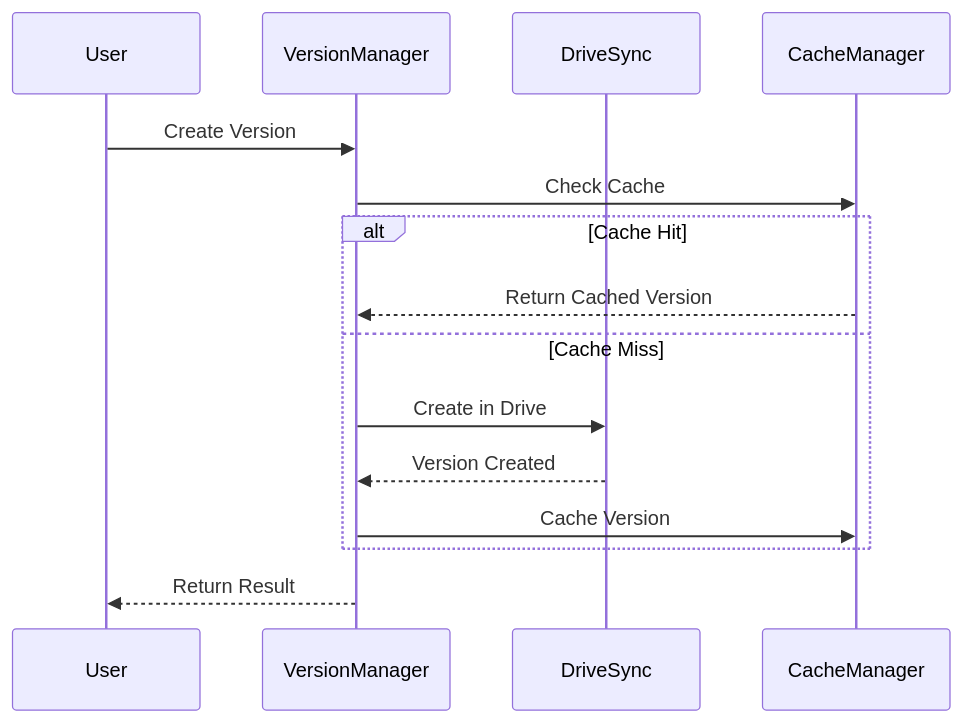
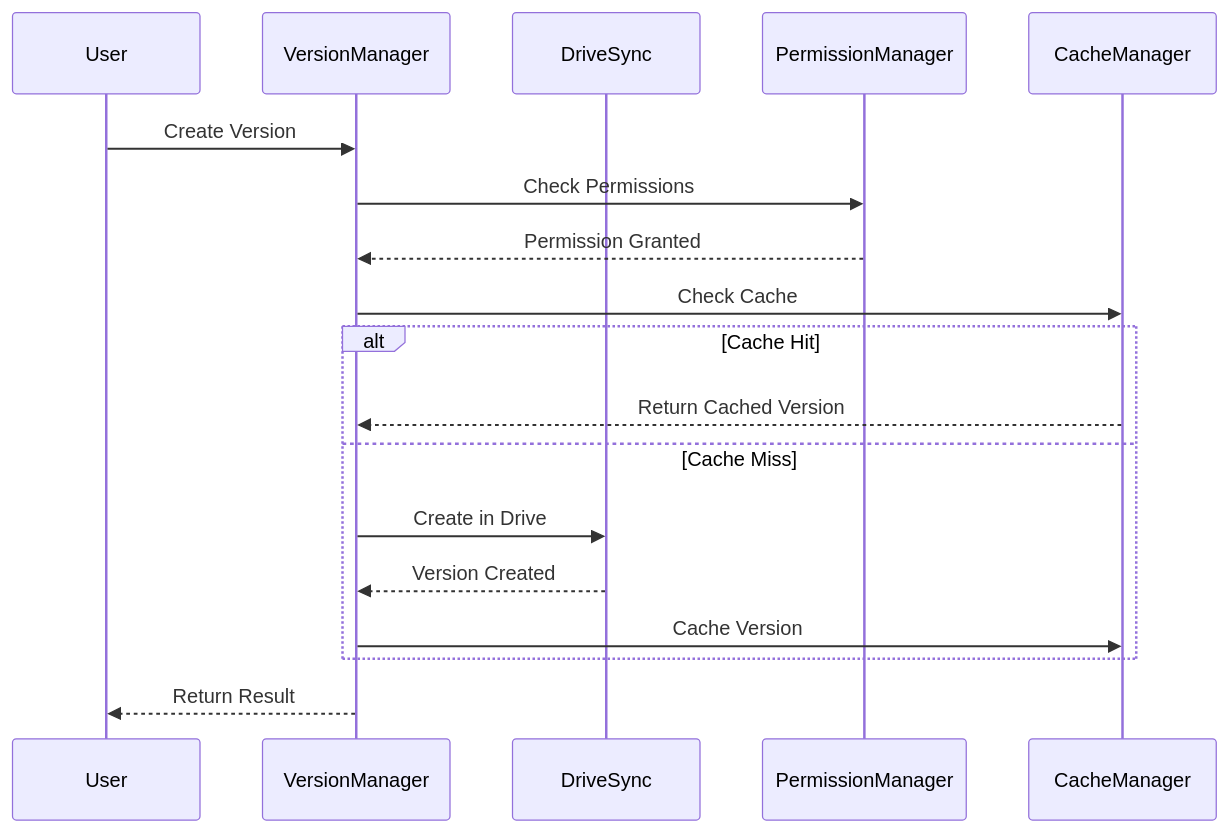
One commit to Rehcywgnaf/projet-audiovisuel changed the diagram in docs/technical/version-system/README.md. Above: the diagram before and after it, drawn with Mermaid. The commit also changed other lines of this file, not shown here.

````diff
--- a/docs/technical/version-system/README.md
+++ b/docs/technical/version-system/README.md
@@ -25,18 +55,21 @@
 ```mermaid
 sequenceDiagram
     participant U as User
     participant VM as VersionManager
     participant DS as DriveSync
+    participant PM as PermissionManager
     participant CM as CacheManager
 
     U->>VM: Create Version
+    VM->>PM: Check Permissions
+    PM-->>VM: Permission Granted
     VM->>CM: Check Cache
     alt Cache Hit
         CM-->>VM: Return Cached Version
     else Cache Miss
         VM->>DS: Create in Drive
         DS-->>VM: Version Created
         VM->>CM: Cache Version
     end
     VM-->>U: Return Result
 ```
````
